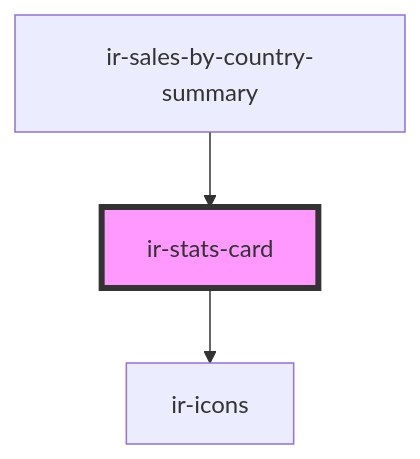
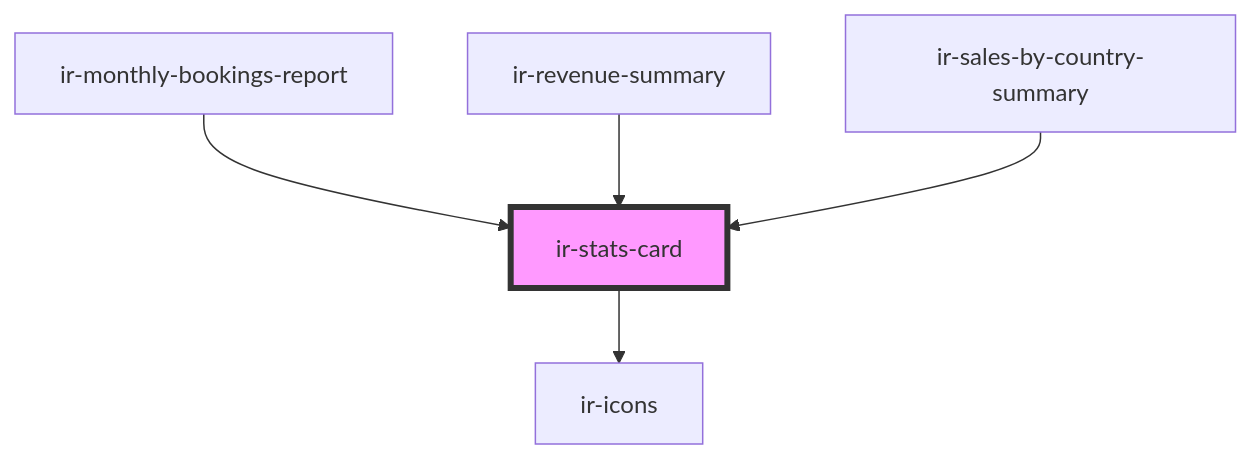
One commit to RonyRizk/ir-webcmp changed the diagram in src/components/ui/ir-stats-card/readme.md. Above: the diagram before and after it, drawn with Mermaid. The commit also changed other lines of this file and 156 other files, not shown here.

````diff
--- a/src/components/ui/ir-stats-card/readme.md
+++ b/src/components/ui/ir-stats-card/readme.md
@@ -29,6 +31,8 @@
 ```mermaid
 graph TD;
   ir-stats-card --> ir-icons
+  ir-monthly-bookings-report --> ir-stats-card
+  ir-revenue-summary --> ir-stats-card
   ir-sales-by-country-summary --> ir-stats-card
   style ir-stats-card fill:#f9f,stroke:#333,stroke-width:4px
 ```
````
